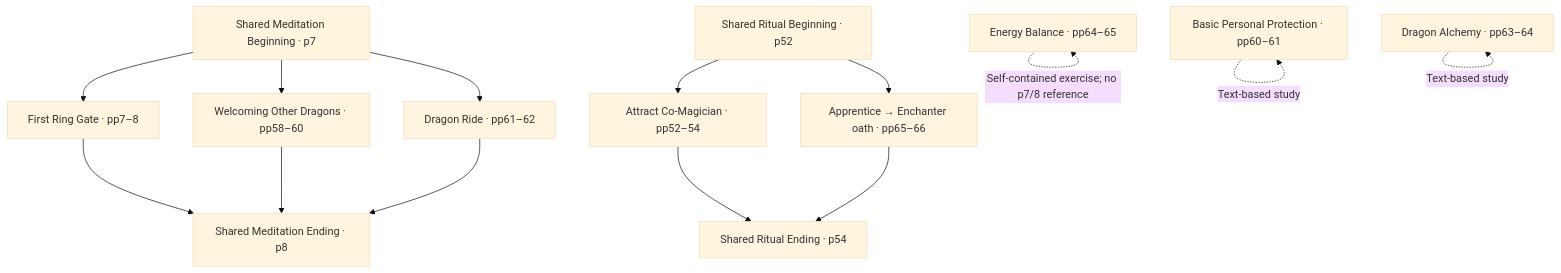
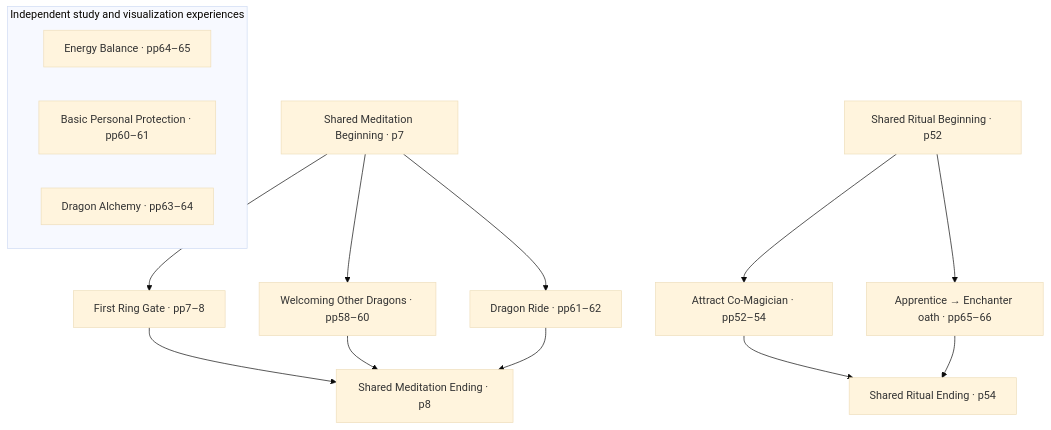
Before and after one commit to GoldenUhuru/Dragon-Cavern: the diagram in docs/004-approved-source-experience-integration.md, drawn with Mermaid (base theme). The commit also changed other lines of this file, not shown here.

Commit message:
Avoid speculative self-links in experience graph diagram; show stand-alone source sections

````diff
--- a/docs/004-approved-source-experience-integration.md
+++ b/docs/004-approved-source-experience-integration.md
@@ -24,25 +24,27 @@
 ```mermaid
 flowchart TB
     MB["Shared Meditation Beginning · p7"]
     ME["Shared Meditation Ending · p8"]
     RB["Shared Ritual Beginning · p52"]
     RE["Shared Ritual Ending · p54"]
     FG["First Ring Gate · pp7–8"]
     WD["Welcoming Other Dragons · pp58–60"]
     DR["Dragon Ride · pp61–62"]
     CM["Attract Co-Magician · pp52–54"]
     ER["Apprentice → Enchanter oath · pp65–66"]
     BA["Energy Balance · pp64–65"]
     PR["Basic Personal Protection · pp60–61"]
     AL["Dragon Alchemy · pp63–64"]
 
     MB --> FG --> ME
     MB --> WD --> ME
     MB --> DR --> ME
     RB --> CM --> RE
     RB --> ER --> RE
 
-    BA -.->|"Self-contained exercise; no p7/8 reference"| BA
-    PR -.->|"Text-based study"| PR
-    AL -.->|"Text-based study"| AL
+    subgraph Independent["Independent study and visualization experiences"]
+        BA
+        PR
+        AL
+    end
 ```
````
